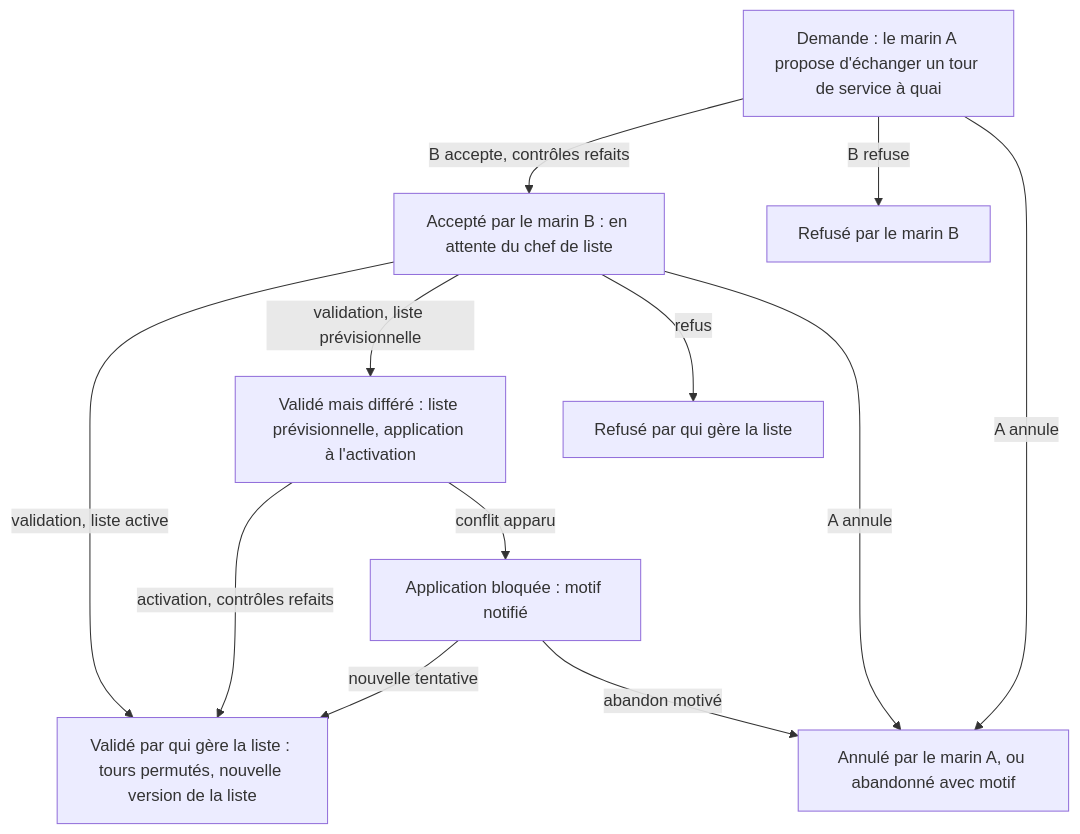
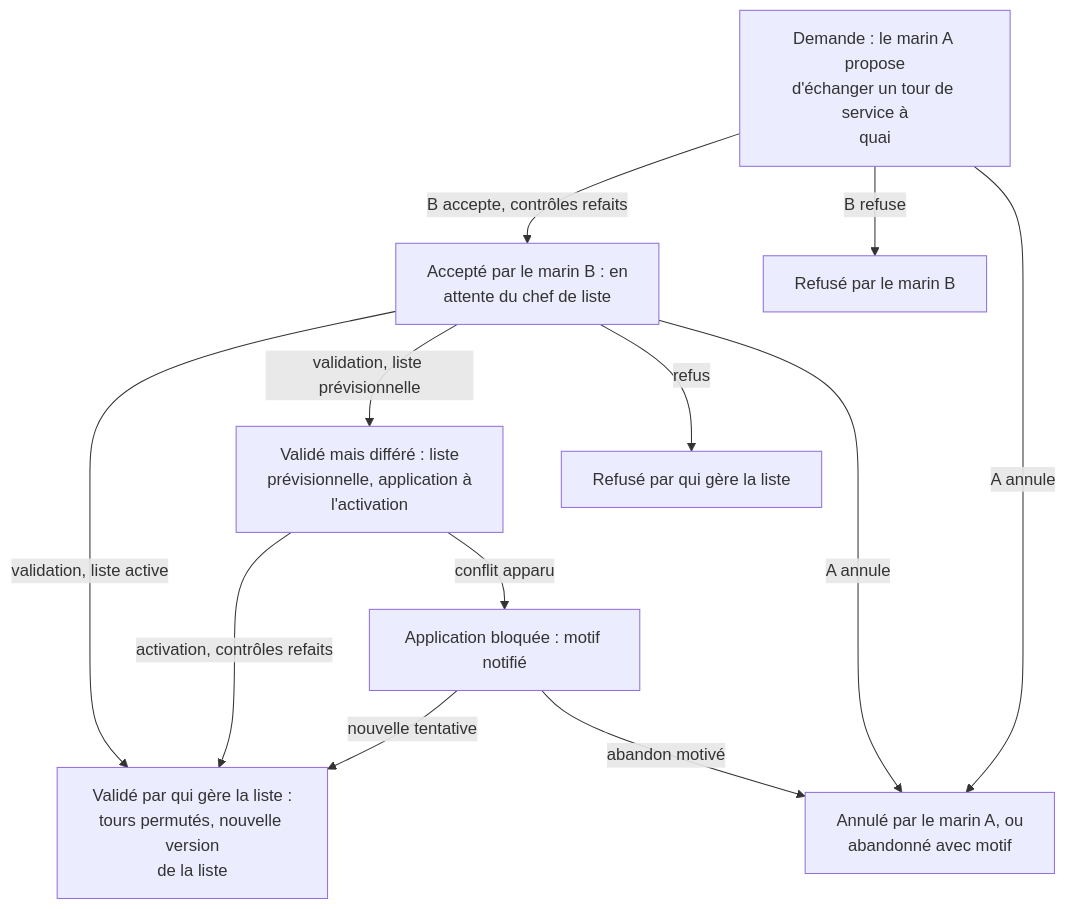
The diagram in docs/dossier-technique/schemas/src/S16_echange_reel.mmd (Mattrix2211/Matrix), drawn with Mermaid before and after one commit. The commit also changed 68 other files, not shown here.

```diff
--- a/docs/dossier-technique/schemas/src/S16_echange_reel.mmd
+++ b/docs/dossier-technique/schemas/src/S16_echange_reel.mmd
@@ -1,20 +1,20 @@
 flowchart TB
-  D["Demande : le marin A propose d'échanger un tour de service à quai"]
-  AC["Accepté par le marin B : en attente du chef de liste"]
-  VA["Validé par qui gère la liste : tours permutés, nouvelle version de la liste"]
-  VD["Validé mais différé : liste prévisionnelle, application à l'activation"]
+  D["Demande : le marin A propose<br/>d'échanger un tour de service à<br/>quai"]
+  AC["Accepté par le marin B : en<br/>attente du chef de liste"]
+  VA["Validé par qui gère la liste :<br/>tours permutés, nouvelle version<br/>de la liste"]
+  VD["Validé mais différé : liste<br/>prévisionnelle, application à<br/>l'activation"]
   BL["Application bloquée : motif notifié"]
   RF["Refusé par le marin B"]
   RJ["Refusé par qui gère la liste"]
-  AN["Annulé par le marin A, ou abandonné avec motif"]
+  AN["Annulé par le marin A, ou<br/>abandonné avec motif"]
   D -->|"B accepte, contrôles refaits"| AC
   D -->|"B refuse"| RF
   D -->|"A annule"| AN
   AC -->|"validation, liste active"| VA
   AC -->|"validation, liste prévisionnelle"| VD
   AC -->|"refus"| RJ
   AC -->|"A annule"| AN
   VD -->|"activation, contrôles refaits"| VA
   VD -->|"conflit apparu"| BL
   BL -->|"nouvelle tentative"| VA
   BL -->|"abandon motivé"| AN
```
